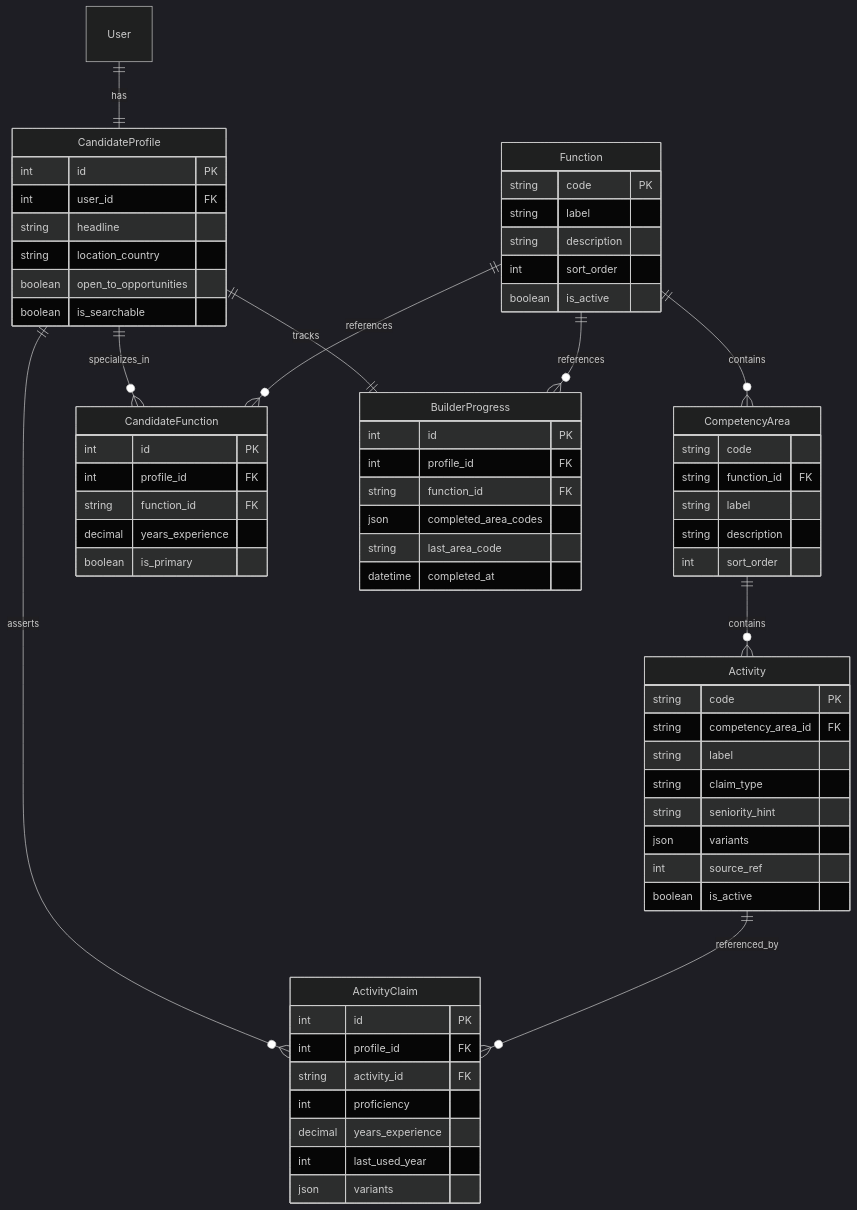
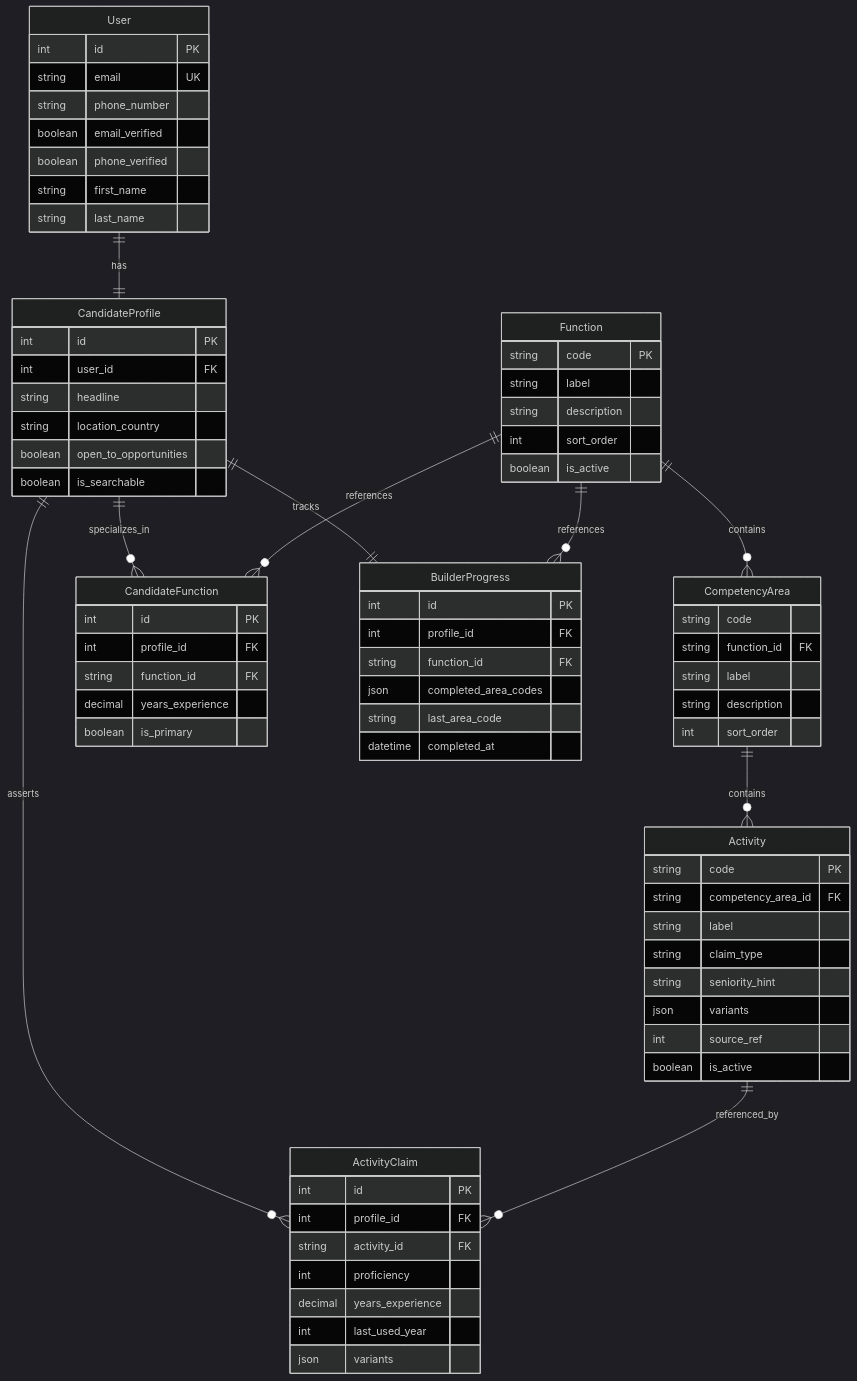
One commit to lucky-singh/hiredright changed the fifth of 5 diagrams in docs/architecture.md. Above: the diagram before and after it, drawn with Mermaid (dark theme). The commit also changed other lines of this file and 56 other files, not shown here.

````diff
--- a/docs/architecture.md
+++ b/docs/architecture.md
@@ -117,17 +206,28 @@
 ```mermaid
 erDiagram
+    User ||--|| CandidateProfile : has
+
     Function ||--o{ CompetencyArea : contains
     CompetencyArea ||--o{ Activity : contains
-    
-    User ||--|| CandidateProfile : has
+
     CandidateProfile ||--o{ CandidateFunction : specializes_in
     Function ||--o{ CandidateFunction : references
-    
+
     CandidateProfile ||--|| BuilderProgress : tracks
     Function ||--o{ BuilderProgress : references
-    
+
     CandidateProfile ||--o{ ActivityClaim : asserts
     Activity ||--o{ ActivityClaim : referenced_by
+
+    User {
+        int id PK
+        string email UK
+        string phone_number
+        boolean email_verified
+        boolean phone_verified
+        string first_name
+        string last_name
+    }
 
     Function {
         string code PK
````
